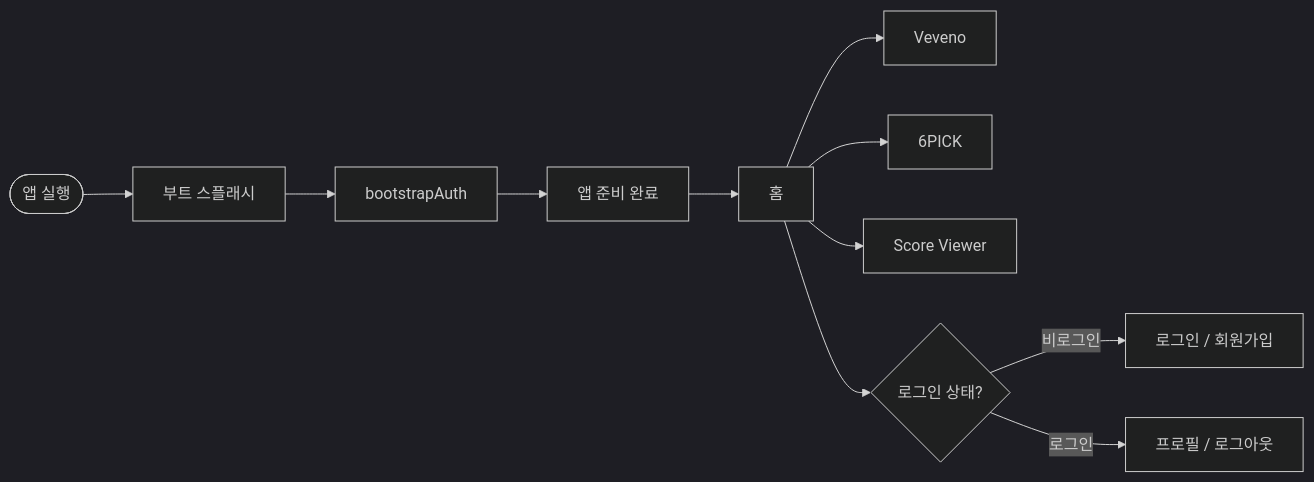
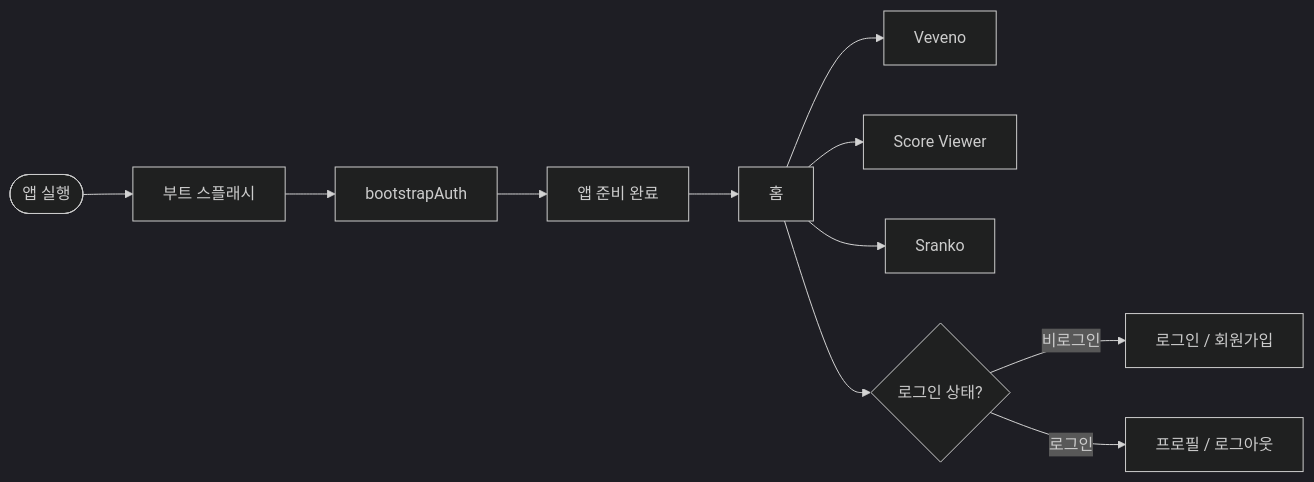
The first of 27 diagrams in docs/PBB-유저-흐름도.md (ohdeg/PBB), drawn with Mermaid (dark theme) before and after one commit. The commit also changed other lines of this file and 9 other files, not shown here.

Commit message:
Hide 6PICK and Dieta from public home and keep them for DEV accounts.

````diff
--- a/docs/PBB-유저-흐름도.md
+++ b/docs/PBB-유저-흐름도.md
@@ -17,14 +18,14 @@
 ```mermaid
 flowchart LR
     start([앱 실행]) --> splash[부트 스플래시]
     splash --> boot[bootstrapAuth]
     boot --> ready[앱 준비 완료]
     ready --> home[홈]
 
     home --> brew[Veveno]
-    home --> lotto[6PICK]
     home --> score[Score Viewer]
+    home --> sranko[Sranko]
     home --> authCheck{로그인 상태?}
     authCheck -->|"비로그인"| loginEntry[로그인 / 회원가입]
     authCheck -->|"로그인"| profileEntry[프로필 / 로그아웃]
 ```
````
